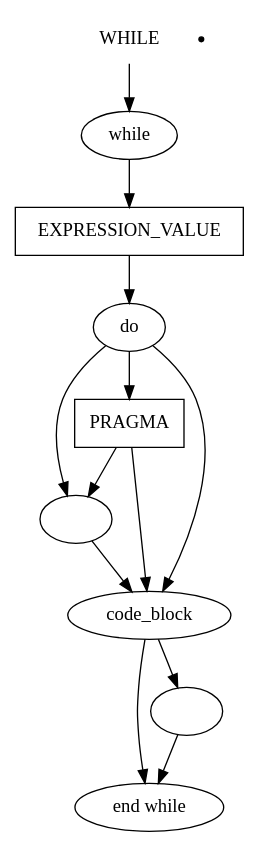
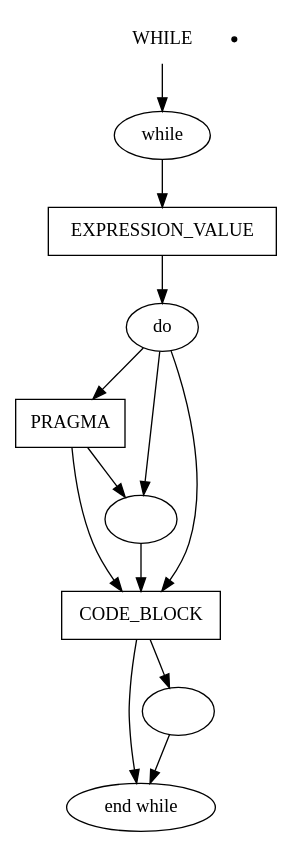
One commit to ayu-f/DSL_Pseudocode changed the diagram in pseudocode/while.gv. Above: the diagram before and after it, drawn with Graphviz.

```diff
--- a/pseudocode/while.gv
+++ b/pseudocode/while.gv
@@ -1,24 +1,25 @@
 digraph WHILE {
     start [label=WHILE shape=plaintext]
     key_while [label="while" shape=oval]
     key_do [label="do" shape=oval]
     key_end [label="end while" shape=oval]
     expression_value [label=EXPRESSION_VALUE shape=box]
     pragma [label=PRAGMA shape=box]
+    code_block [label=CODE_BLOCK shape=box]
     nl_1 [label="\n" shape=oval]
     nl_2 [label="\n" shape=oval]
     end [label="" shape=point]
 
     start -> key_while
     key_while -> expression_value
     expression_value -> key_do
     key_do -> pragma
     key_do -> nl_1
     key_do -> code_block
     pragma -> nl_1
     pragma -> code_block
     nl_1 -> code_block
     code_block -> nl_2
     code_block -> key_end
     nl_2 -> key_end
 }
```
